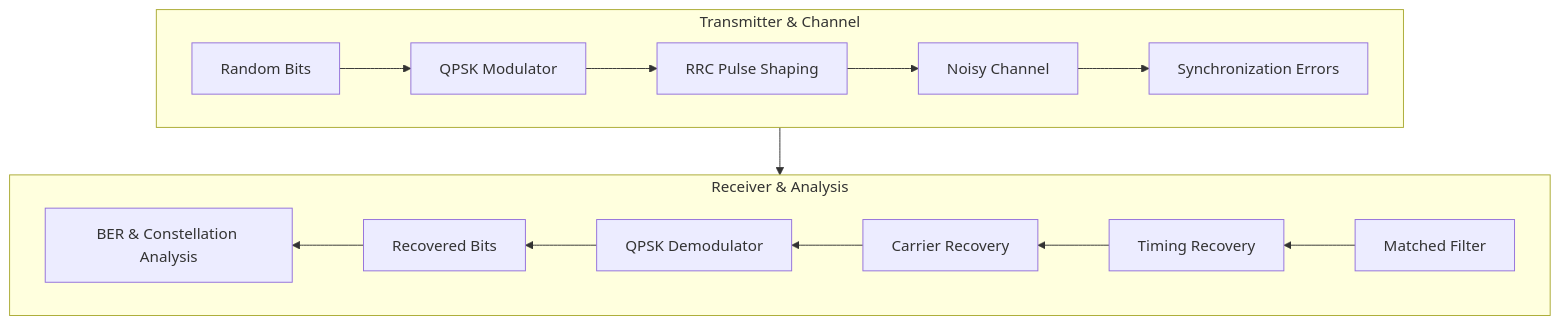
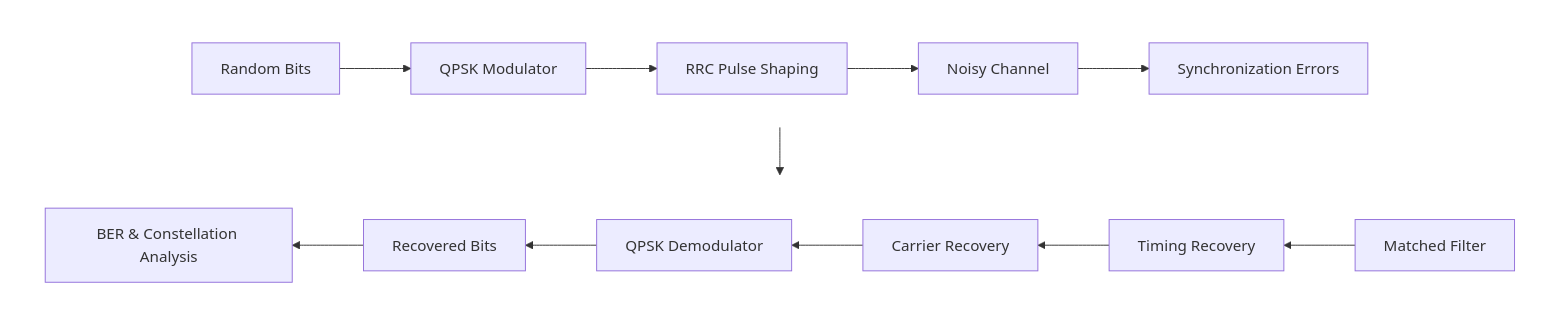
One commit to Lukaku-1/adc-project-QPSK changed the diagram in README.md. Above: the diagram before and after it, drawn with Mermaid.

````diff
--- a/README.md
+++ b/README.md
@@ -12,16 +12,20 @@
 ```mermaid
 flowchart TB
-    subgraph Row1 [Transmitter & Channel]
+    subgraph Row1 [ ]
         direction LR
         A[Random Bits] --> B[QPSK Modulator] --> C[RRC Pulse Shaping] --> D[Noisy Channel] --> E[Synchronization Errors]
     end
 
-    subgraph Row2 [Receiver & Analysis]
+    subgraph Row2 [ ]
         direction RL
         F[Matched Filter] --> G[Timing Recovery] --> H[Carrier Recovery] --> I[QPSK Demodulator] --> J[Recovered Bits] --> K[BER & Constellation Analysis]
     end
 
-    %% Connect the end of the top row (E) to the start of the bottom row (F)
+    %% Drop from the end of the top row to the start of the bottom row
     E --> F
 
+    %% Hide the subgraph borders to create the seamless snake effect
+    style Row1 fill:none,stroke:none,color:none
+    style Row2 fill:none,stroke:none,color:none
+
 ```
````
